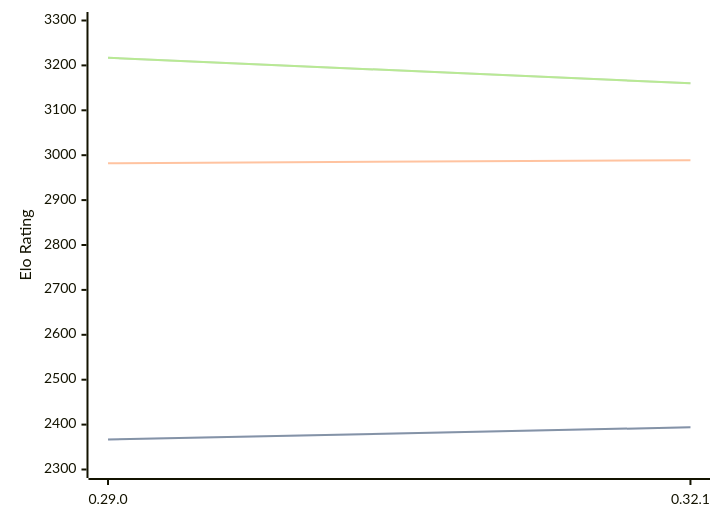
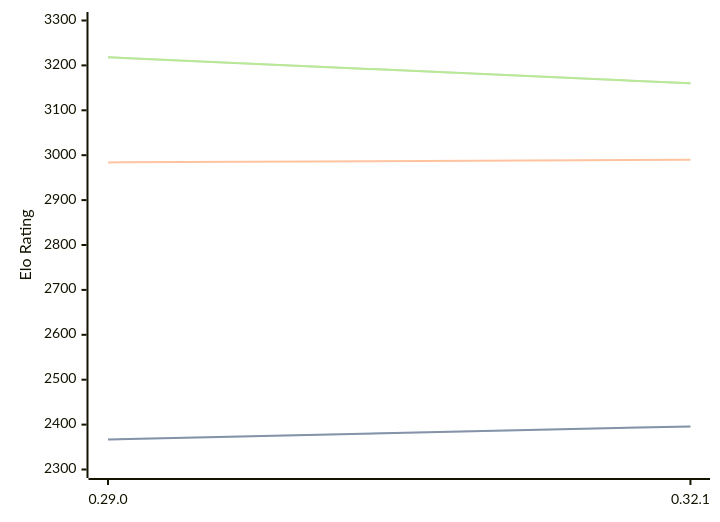
One commit to computer-chess-index/cci changed the diagram in engines/Lc0.md. Above: the diagram before and after it, drawn with Mermaid. The commit also changed other lines of this file, not shown here.

Commit message:
Update CCI Ratings (ELO VLTC) - 2026-08-15

````diff
--- a/engines/Lc0.md
+++ b/engines/Lc0.md
@@ -32,11 +32,11 @@
 ```mermaid
 %%{init: {"theme":"base","themeVariables":{"seriesColors:['#a3a3a3','#222221','#faa371']}}}%%
 xychart-beta
   x-axis ["0.29.0", "0.32.1"]
   y-axis "Elo Rating" 2300 --> 3300
-  line "STC (8.0+0.08s)" [2367, 2394]
-  line "STC (8.0+0.08s)" [2367, 2394]
-  line "LTC (60.0+0.60s)" [2982, 2989]
-  line "VLTC (2m24s+1.12s)" [3217, 3160]
-  line "VLTC (2m24s+1.12s)" [3217, 3160]
+  line "STC (8.0+0.08s)" [2367, 2396]
+  line "STC (8.0+0.08s)" [2367, 2396]
+  line "LTC (60.0+0.60s)" [2984, 2990]
+  line "VLTC (2m24s+1.12s)" [3218, 3160]
+  line "VLTC (2m24s+1.12s)" [3218, 3160]
 ```
````
